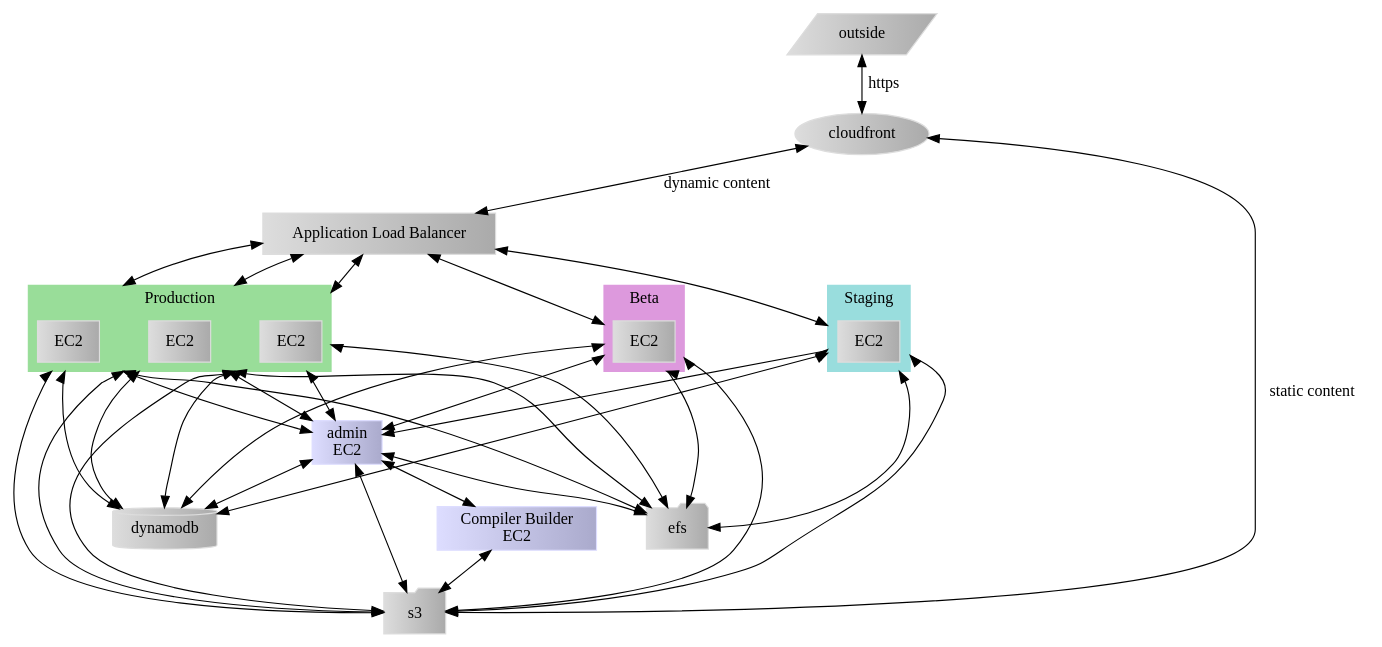
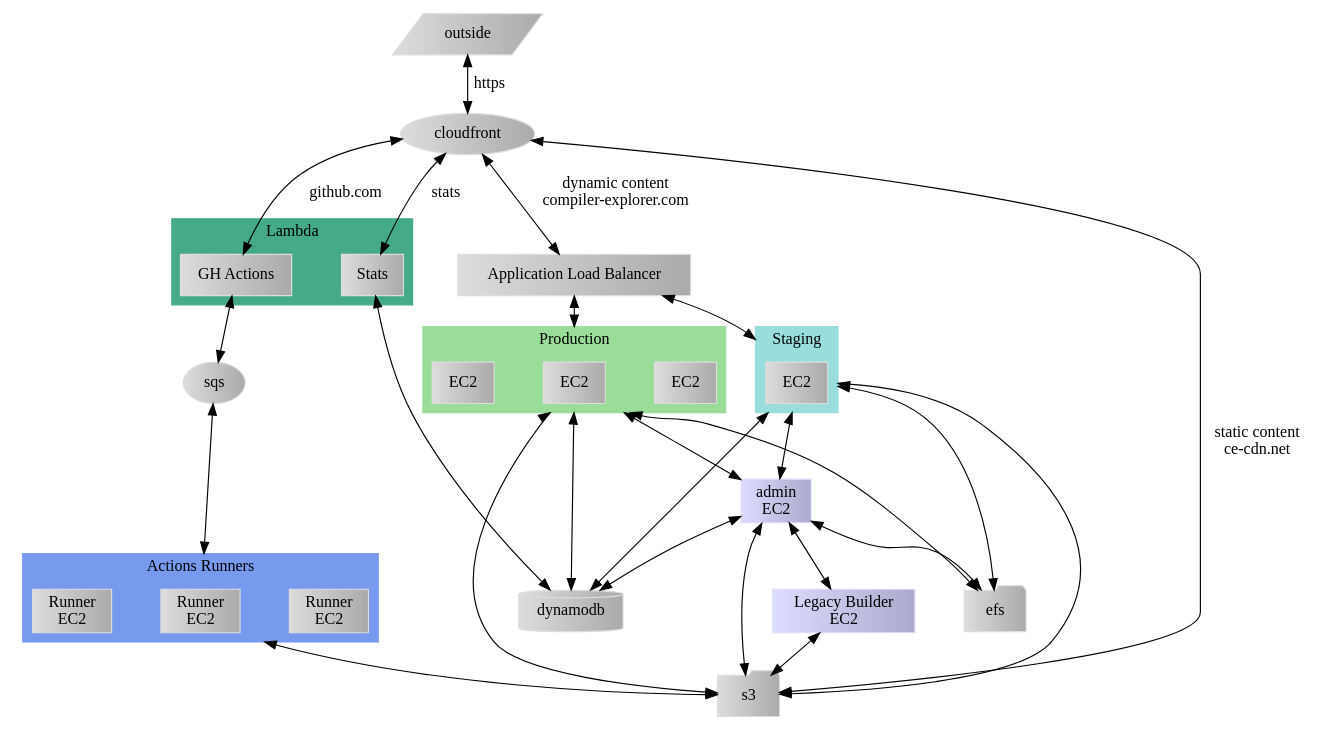
Before and after one commit to mattgodbolt/ce-behind-the-scenes: the diagram in ce.dot, drawn with Graphviz. The commit also changed 1 other file, not shown here.

```diff
--- a/ce.dot
+++ b/ce.dot
@@ -1,69 +1,80 @@
 digraph compiler_explorer {
     bgcolor=white;
     compound=true;
     nodesep=0.6;
     node [ color="#dddddd:#aaaaaa"; style=filled];
     edge [ dir=both ];
     outside [shape = parallelogram, rank="source"];
 
     cloudfront [shape = oval];
+    sqs [shape = oval];
 
     alb [shape = box, label="Application Load Balancer"];
 
     subgraph cluster_ce_nodes {
         label = "Production";
         style = filled;
         color="#99dd99";
 
+        ce_node_2 [shape = box, label="EC2"];
         ce_node_1 [shape = box, label="EC2"];
-        ce_node_2 [shape = box, label="EC2"];
         ce_node_3 [shape = box, label="EC2"];
-    }
-    subgraph cluster_beta_nodes {
-        label="Beta";
-        style = filled;
-        color="#dd99dd";
-        beta_node_1 [shape = box, label="EC2"];
     }
     subgraph cluster_staging_nodes {
         label="Staging";
         style = filled;
         color="#99dddd";
         staging_node_1 [shape = box, label="EC2"];
+    }
+    subgraph cluster_lambda {
+        label="Lambda";
+        style = filled;
+        color="#44aa88";
+        gh_actions [shape = box, label="GH Actions"];
+        lambda_stats [shape = box, label="Stats"];
+    }
+    subgraph cluster_gh_actions {
+        label="Actions Runners";
+        style = filled;
+        color="#7799ee";
+        action_runner_2 [shape = box, label="Runner\nEC2"];
+        action_runner_1 [shape = box, label="Runner\nEC2"];
+        action_runner_3 [shape = box, label="Runner\nEC2"];
     }
 
     admin [shape = box, rank="sink", label="admin\nEC2", color="#ddddff:#aaaacc"];
 
     efs [shape = folder];
     s3 [shape = folder];
     dynamodb [shape = cylinder];
 
+    gh_actions -> sqs;
+    sqs -> action_runner_1 [lhead=cluster_gh_actions];
+
     outside -> cloudfront [label="https"];
-    cloudfront -> alb [label="dynamic content"];
-    cloudfront -> s3 [label="static content"];
+    cloudfront -> alb [label="dynamic content\ncompiler-explorer.com"];
+    cloudfront -> s3 [label="static content\nce-cdn.net"];
+    cloudfront -> lambda_stats [label="stats"];
+    cloudfront -> gh_actions [label="github.com"];
 
     alb -> ce_node_1 [lhead=cluster_ce_nodes];
-    alb -> ce_node_2 [lhead=cluster_ce_nodes];
-    alb -> ce_node_3 [lhead=cluster_ce_nodes];
-    alb -> beta_node_1 [lhead=cluster_beta_nodes];
     alb -> staging_node_1 [lhead=cluster_staging_nodes];
 
-    build [ shape=box, label="Compiler Builder\nEC2", color="#ddddff:#aaaacc"];
+    lambda_stats -> dynamodb [ltail=cluster_gh_actions];
+    action_runner_1 -> s3 [ltail=cluster_gh_actions];
+
+    build [ shape=box, label="Legacy Builder\nEC2", color="#ddddff:#aaaacc"];
 
     admin->build;
     build->s3;
 
     admin -> {efs, s3, dynamodb};
-    { ce_node_1, ce_node_2, ce_node_3 } -> admin [ltail=cluster_ce_nodes];
-    { ce_node_1, ce_node_2, ce_node_3 } -> efs [ltail=cluster_ce_nodes];
-    { ce_node_1, ce_node_2, ce_node_3 } -> s3 [ltail=cluster_ce_nodes];
-    { ce_node_1, ce_node_2, ce_node_3 } -> dynamodb [ltail=cluster_ce_nodes];
-    { beta_node_1 } -> admin [ltail=cluster_beta_nodes];
-    { beta_node_1 } -> efs [ltail=cluster_beta_nodes];
-    { beta_node_1 } -> s3 [ltail=cluster_beta_nodes];
-    { beta_node_1 } -> dynamodb [ltail=cluster_beta_nodes];
+    { ce_node_1 } -> admin [ltail=cluster_ce_nodes];
+    { ce_node_1 } -> efs [ltail=cluster_ce_nodes];
+    { ce_node_1 } -> s3 [ltail=cluster_ce_nodes];
+    { ce_node_1 } -> dynamodb [ltail=cluster_ce_nodes];
     { staging_node_1 } -> admin [ltail=cluster_staging_nodes];
     { staging_node_1 } -> efs [ltail=cluster_staging_nodes];
     { staging_node_1 } -> s3 [ltail=cluster_staging_nodes];
     { staging_node_1 } -> dynamodb [ltail=cluster_staging_nodes];
 }
```
